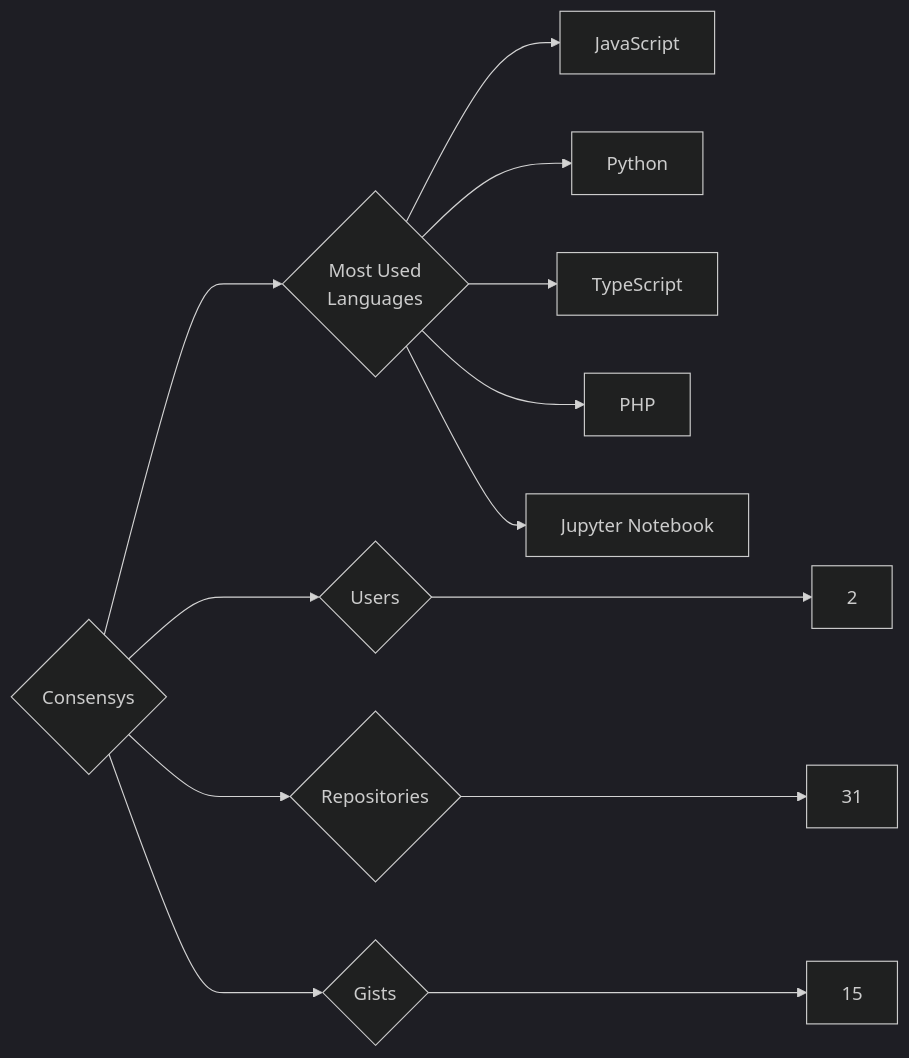
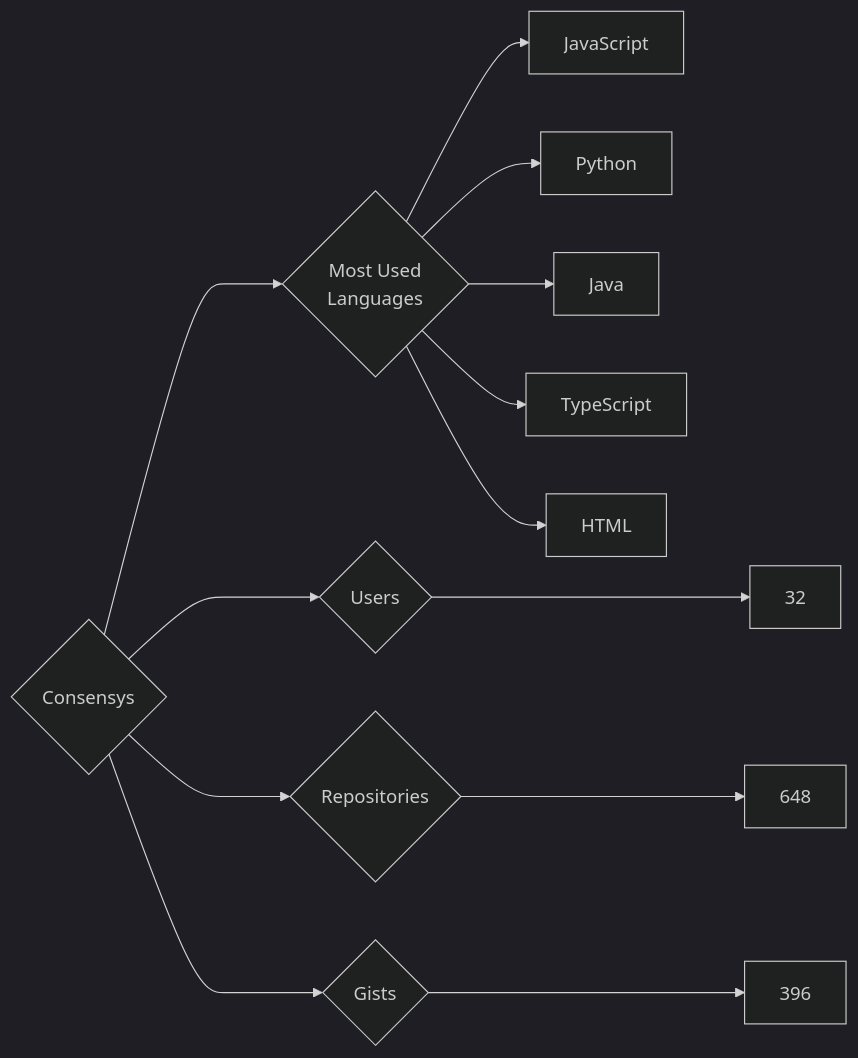
The diagram in targets/Consensys/README.md (trickest/insiders), drawn with Mermaid (dark theme) before and after one commit. The commit also changed 935 other files, not shown here.

````diff
--- a/targets/Consensys/README.md
+++ b/targets/Consensys/README.md
@@ -3,13 +3,13 @@
 ```mermaid
 graph LR
 COMPANY_NAME{Consensys}
-COMPANY_NAME ---> U{Users} ---> UN[2]
-COMPANY_NAME ---> R{Repositories} ---> RN[31]
-COMPANY_NAME ---> G{Gists} ---> GN[15]
+COMPANY_NAME ---> U{Users} ---> UN[32]
+COMPANY_NAME ---> R{Repositories} ---> RN[648]
+COMPANY_NAME ---> G{Gists} ---> GN[396]
 COMPANY_NAME ---> ML{Most Used<br>Languages}
 ML --> JavaScript[JavaScript]
 ML --> Python[Python]
+ML --> Java[Java]
 ML --> TypeScript[TypeScript]
-ML --> PHP[PHP]
-ML --> Jupyter_Notebook[Jupyter Notebook]
+ML --> HTML[HTML]
 ```
````
